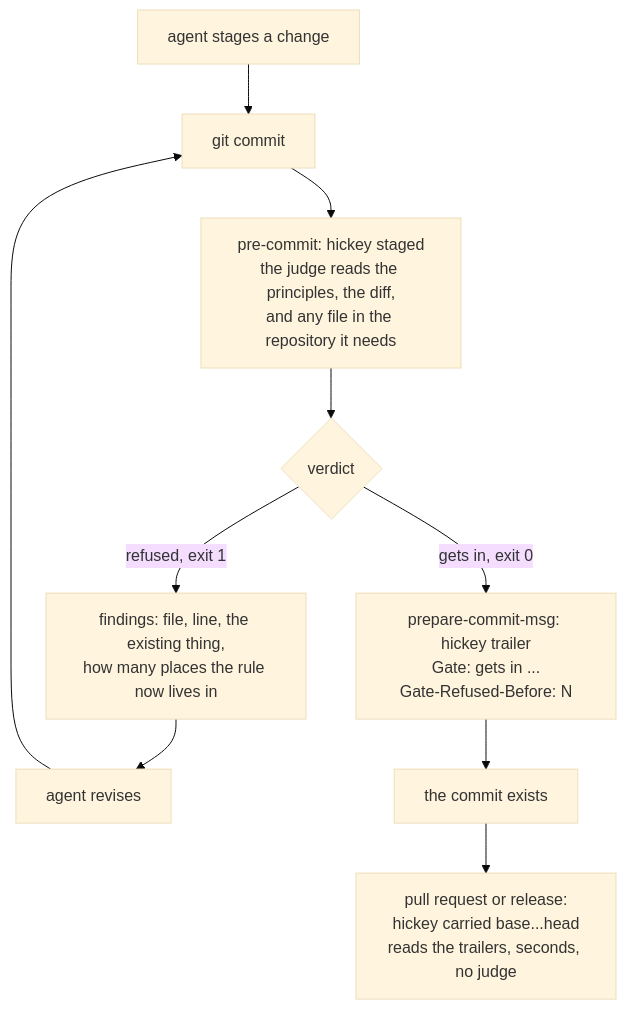
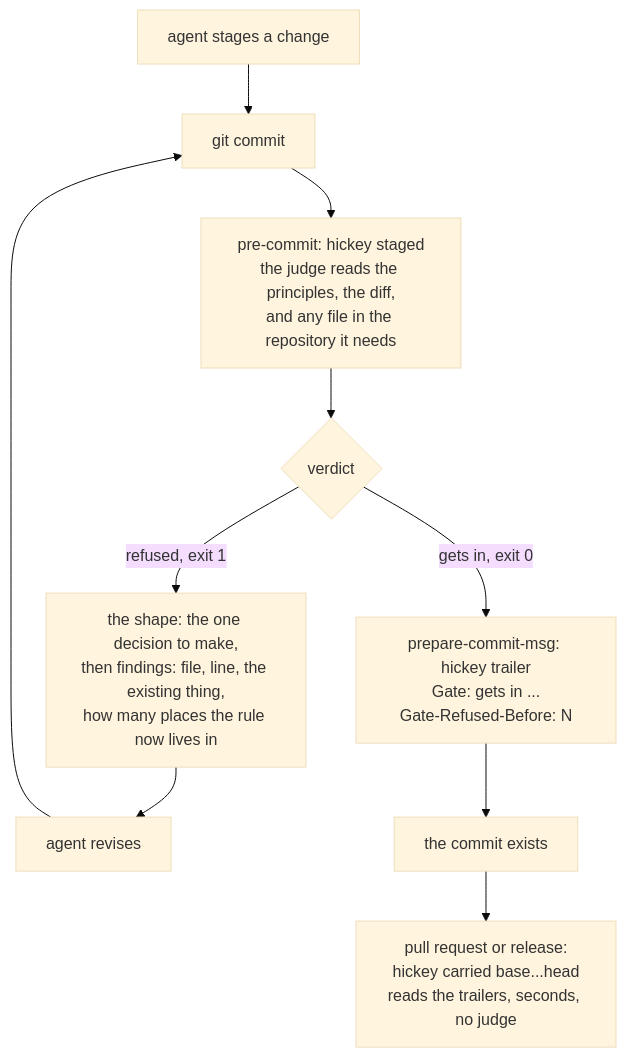
Before and after one commit to lloyal-ai/hickey: the diagram in README.md, drawn with Mermaid (base theme). The commit also changed other lines of this file and 1 other file, not shown here.

Commit message:
docs: the shape is a question, not an instruction to abstract
The principles asked the judge to read several findings as the symptoms of one missing abstraction, which invites inventing one. Now it asks: are these separate issues, or symptoms of a missing abstraction? When they are one, name the decision, and the decision is as often to compose what exists, or to remove, as to add. The loop diagram's refusal node leads with the shape, as the text does.

Gate: gets in. The whole makes more sense with this change because the shape instruction in PRINCIPLES.md now asks whether the findings are one decision and admits composing or removing as answers, consistent with the values it sits under, and the README's summary and diagram follow the owning document and the report's output; the only loose end is a sentence for the case where the findings are not one decision, in that one file.

````diff
--- a/README.md
+++ b/README.md
@@ -64,12 +64,12 @@
 ```mermaid
 flowchart TD
     A[agent stages a change] --> B[git commit]
     B --> C["pre-commit: hickey staged<br/>the judge reads the principles, the diff,<br/>and any file in the repository it needs"]
     C --> D{verdict}
-    D -- refused, exit 1 --> E["findings: file, line, the existing thing,<br/>how many places the rule now lives in"]
+    D -- refused, exit 1 --> E["the shape: the one decision to make,<br/>then findings: file, line, the existing thing,<br/>how many places the rule now lives in"]
     E --> F[agent revises]
     F --> B
     D -- gets in, exit 0 --> G["prepare-commit-msg: hickey trailer<br/>Gate: gets in ...<br/>Gate-Refused-Before: N"]
     G --> H[the commit exists]
     H --> I["pull request or release:<br/>hickey carried base...head<br/>reads the trailers, seconds, no judge"]
 ```
````
